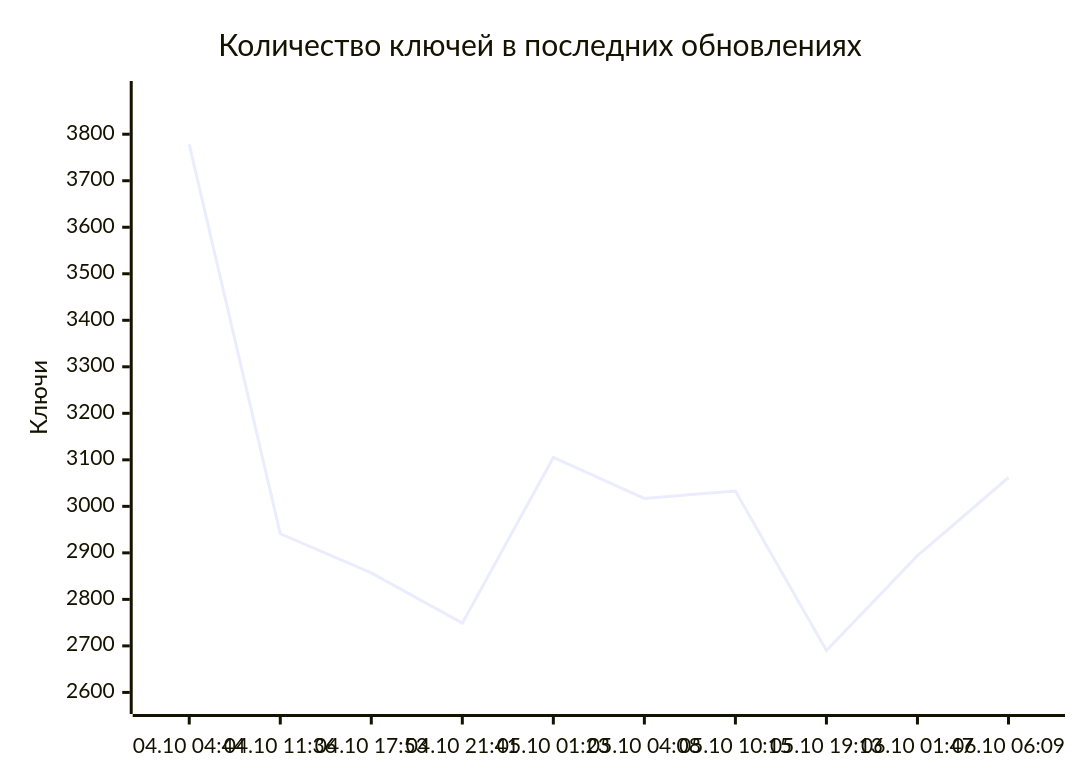
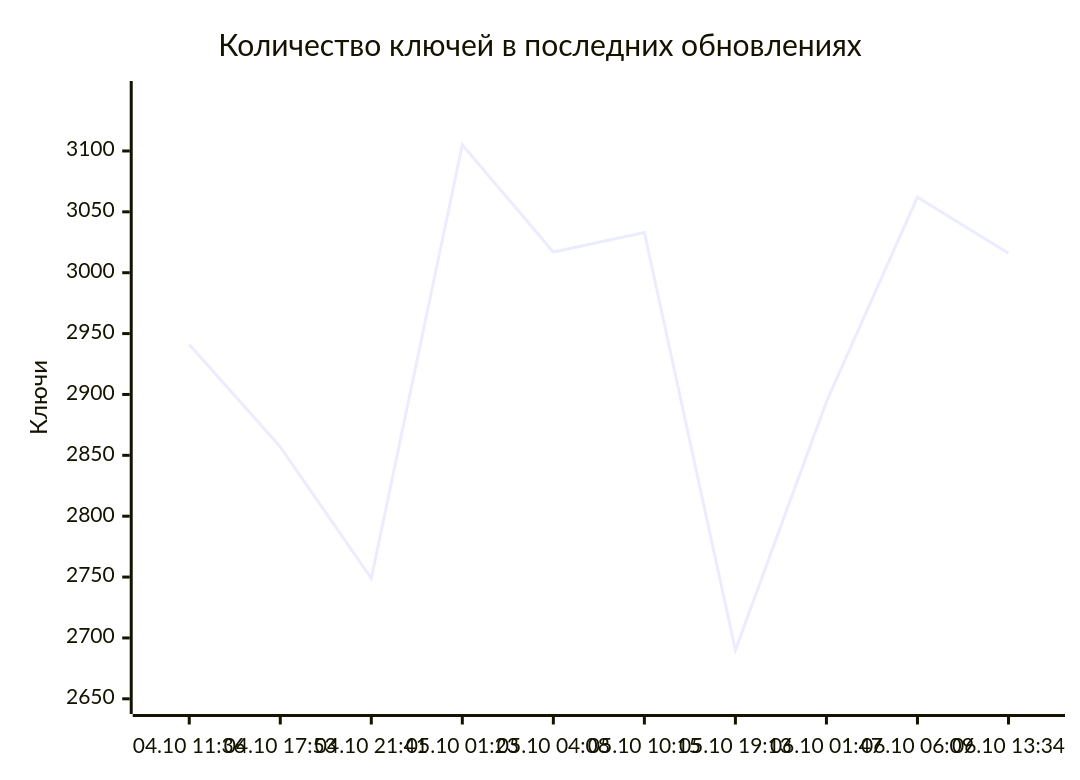
Before and after one commit to markKikhtenko/WireVeil: the diagram in README.md, drawn with Mermaid. The commit also changed other lines of this file and 13 other files, not shown here.

````diff
--- a/README.md
+++ b/README.md
@@ -55,7 +55,7 @@
 ```mermaid
 xychart-beta
     title "Количество ключей в последних обновлениях"
-    x-axis ["04.10 04:44", "04.10 11:36", "04.10 17:53", "04.10 21:41", "05.10 01:23", "05.10 04:08", "05.10 10:15", "05.10 19:13", "06.10 01:47", "06.10 06:09"]
-    y-axis "Ключи" 2581 --> 3887
-    line [3778, 2941, 2857, 2749, 3105, 3017, 3033, 2690, 2894, 3062]
+    x-axis ["04.10 11:36", "04.10 17:53", "04.10 21:41", "05.10 01:23", "05.10 04:08", "05.10 10:15", "05.10 19:13", "06.10 01:47", "06.10 06:09", "06.10 13:34"]
+    y-axis "Ключи" 2648 --> 3147
+    line [2941, 2857, 2749, 3105, 3017, 3033, 2690, 2894, 3062, 3016]
 ```
````
